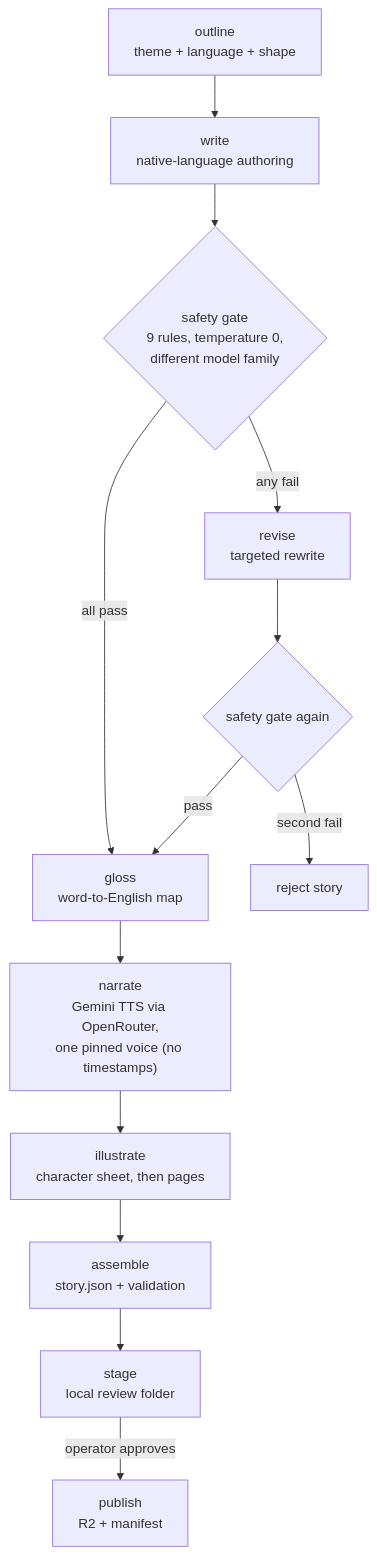
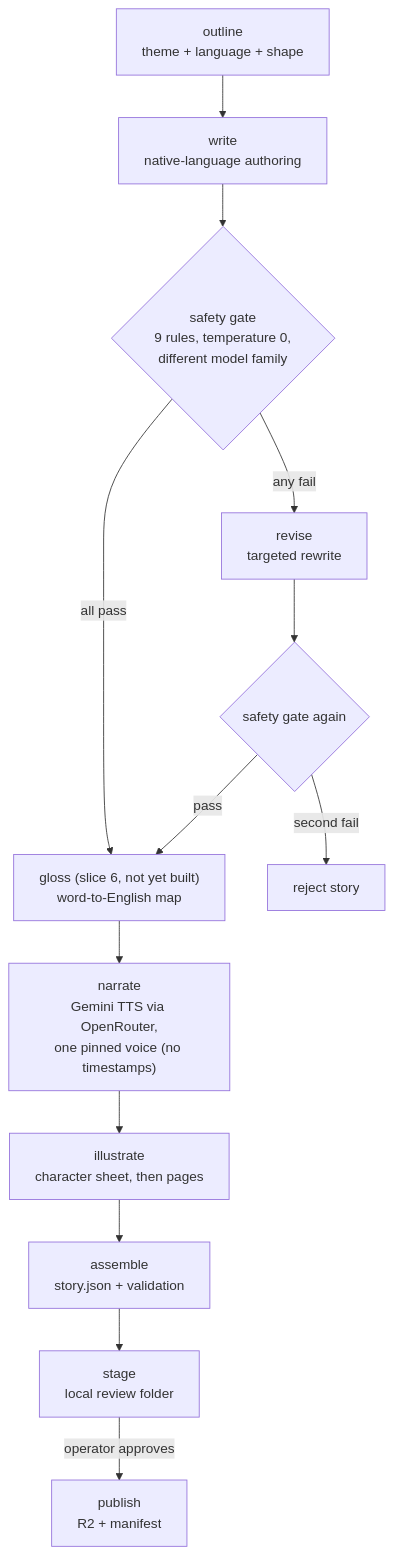
Before and after one commit to darth-dodo/cantastorie: the second of 2 diagrams in docs/architecture.md, drawn with Mermaid. The commit also changed other lines of this file and 5 other files, not shown here.

````diff
--- a/docs/architecture.md
+++ b/docs/architecture.md
@@ -124,15 +139,15 @@
 ```mermaid
 graph TD
     O["outline<br/>theme + language + shape"] --> W["write<br/>native-language authoring"]
     W --> S{"safety gate<br/>9 rules, temperature 0,<br/>different model family"}
-    S -- "all pass" --> G["gloss<br/>word-to-English map"]
+    S -- "all pass" --> G["gloss (slice 6, not yet built)<br/>word-to-English map"]
     S -- "any fail" --> RV["revise<br/>targeted rewrite"]
     RV --> S2{"safety gate again"}
     S2 -- "pass" --> G
     S2 -- "second fail" --> X["reject story"]
     G --> N["narrate<br/>Gemini TTS via OpenRouter,<br/>one pinned voice (no timestamps)"]
     N --> I["illustrate<br/>character sheet, then pages"]
     I --> A["assemble<br/>story.json + validation"]
     A --> ST["stage<br/>local review folder"]
     ST -- "operator approves" --> PB["publish<br/>R2 + manifest"]
 ```
````
